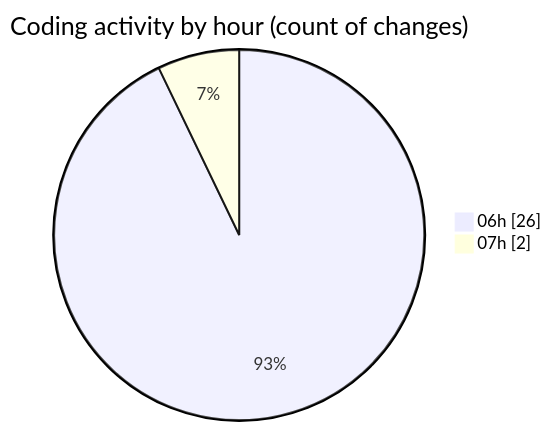
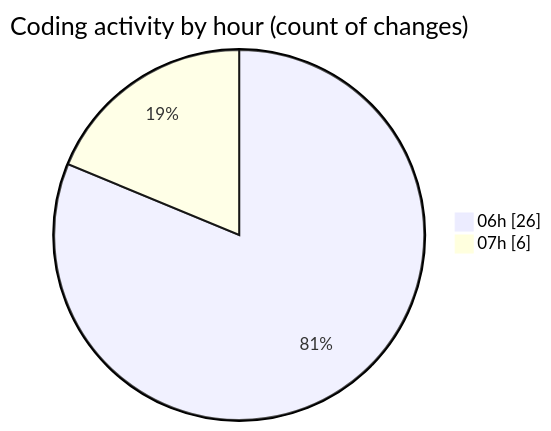
One commit to robertbonfada/code-tracking changed the second of 2 diagrams in 2025-01-30/mbc-web/README.md. Above: the diagram before and after it, drawn with Mermaid. The commit also changed other lines of this file and 1 other file, not shown here.

````diff
--- a/2025-01-30/mbc-web/README.md
+++ b/2025-01-30/mbc-web/README.md
@@ -38,6 +39,6 @@
 ```mermaid
 pie showData
 title Coding activity by hour (count of changes)
 "06h" : 26
-"07h" : 2
+"07h" : 6
 ```
````
